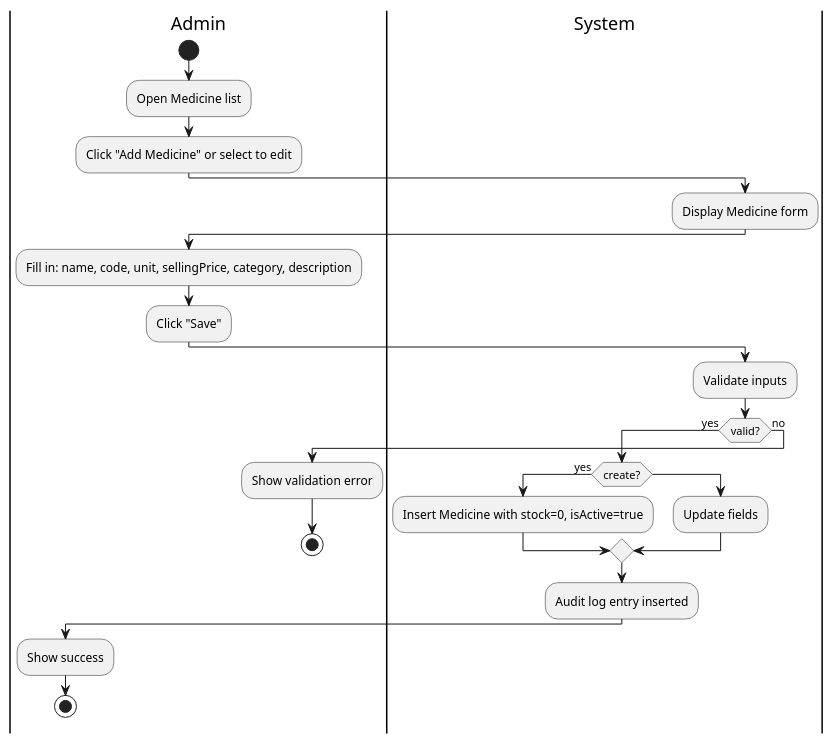
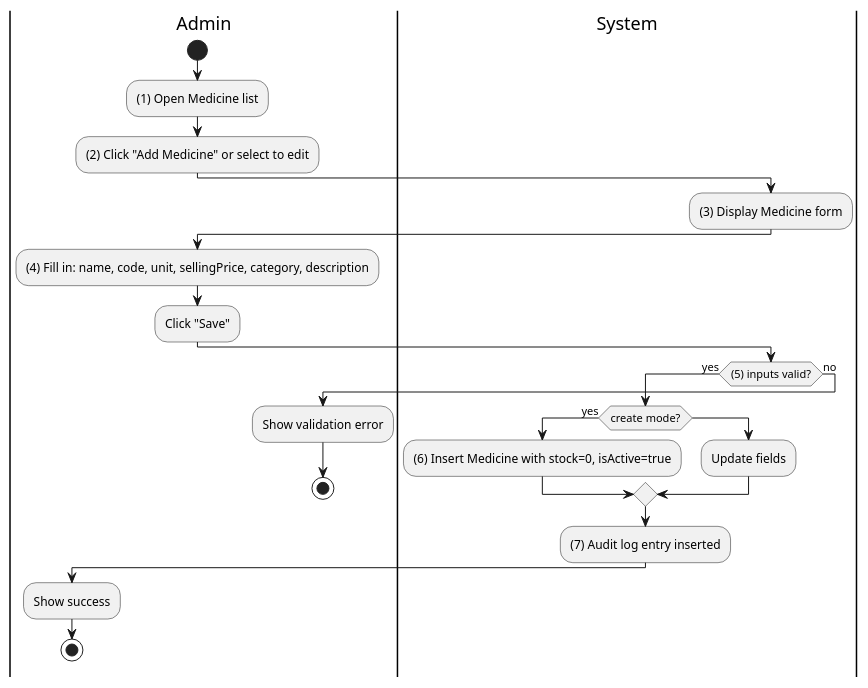
Diagram 16 of 27 in Docs/SRS.md (MinhThienNguyen040905/SE356---He-thong-phong-kham), drawn with PlantUML before and after one commit. The commit also changed other lines of this file, not shown here.

````diff
--- a/Docs/SRS.md
+++ b/Docs/SRS.md
@@ -1019,30 +925,29 @@
 ```plantuml
 @startuml
 |Admin|
 start
-:Open Medicine list;
-:Click "Add Medicine" or select to edit;
+:(1) Open Medicine list;
+:(2) Click "Add Medicine" or select to edit;
 |System|
-:Display Medicine form;
+:(3) Display Medicine form;
 |Admin|
-:Fill in: name, code, unit, sellingPrice, category, description;
+:(4) Fill in: name, code, unit, sellingPrice, category, description;
 :Click "Save";
 |System|
-:Validate inputs;
-if (valid?) then (yes)
-  if (create?) then (yes)
-    :Insert Medicine with stock=0, isActive=true;
+if ((5) inputs valid?) then (yes)
+  if (create mode?) then (yes)
+    :(6) Insert Medicine with stock=0, isActive=true;
   else
     :Update fields;
   endif
-  :Audit log entry inserted;
+  :(7) Audit log entry inserted;
   |Admin|
   :Show success;
   stop
 else (no)
   |Admin|
   :Show validation error;
   stop
 endif
 @enduml
 ```
````
